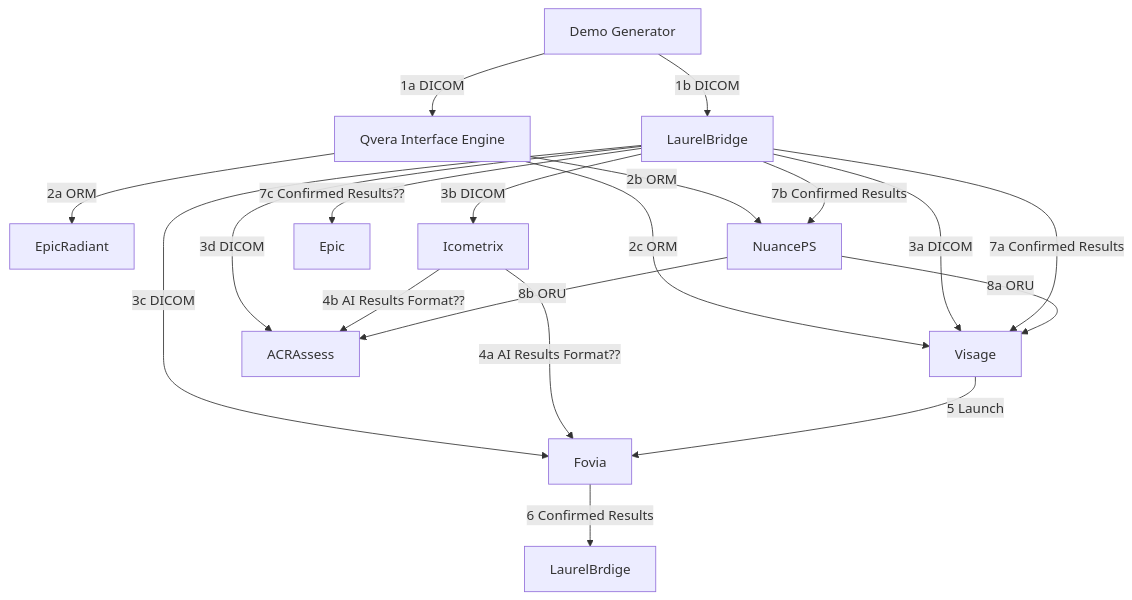
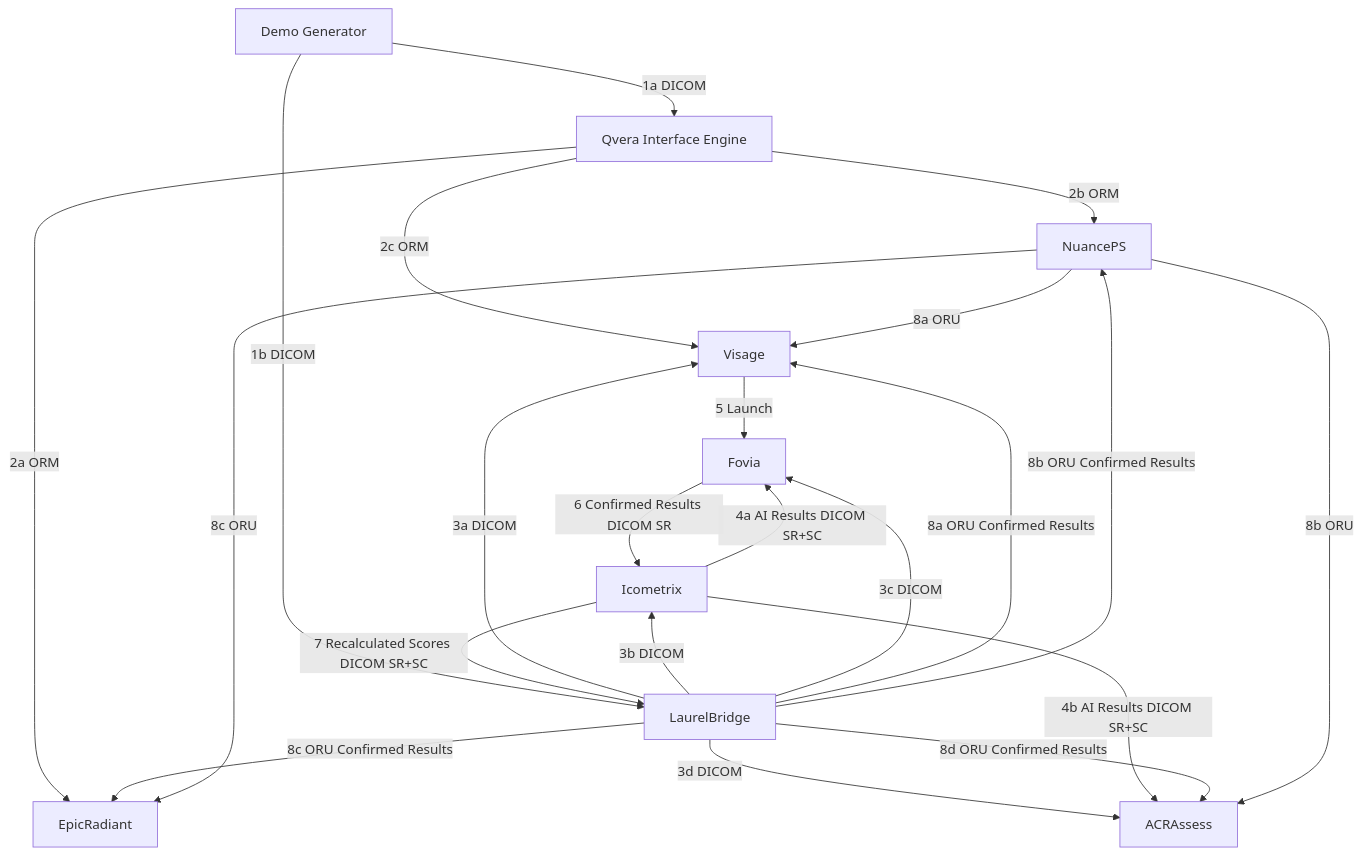
Before and after one commit to mohannadhussain/rsna-2024-rr-demo: the diagram in quimby/diagram-brain-scan2.md, drawn with Mermaid.

````diff
--- a/quimby/diagram-brain-scan2.md
+++ b/quimby/diagram-brain-scan2.md
@@ -4,28 +4,32 @@
 ```mermaid
 flowchart TD
     Generator[Demo Generator] --> |1a DICOM| QveraIE[Qvera Interface Engine]
     Generator --> |1b DICOM| LaurelBridge
 
     QveraIE --> |2a ORM| EpicRadiant
     QveraIE --> |2b ORM| NuancePS
     QveraIE --> |2c ORM| Visage
 
     LaurelBridge --> |3a DICOM| Visage
     LaurelBridge --> |3b DICOM| Icometrix
     LaurelBridge --> |3c DICOM| Fovia
     LaurelBridge --> |3d DICOM| ACRAssess
     
-    Icometrix --> |4a AI Results Format??| Fovia
-    Icometrix --> |4b AI Results Format??| ACRAssess
+    Icometrix --> |4a AI Results DICOM SR+SC| Fovia
+    Icometrix --> |4b AI Results DICOM SR+SC| ACRAssess
 
     Visage --> |5 Launch| Fovia
 
-    Fovia --> |6 Confirmed Results| LaurelBrdige
-    
-    LaurelBridge --> |7a Confirmed Results| Visage
-    LaurelBridge --> |7b Confirmed Results| NuancePS
-    LaurelBridge --> |7c Confirmed Results??| Epic
+    Fovia --> |6 Confirmed Results DICOM SR| Icometrix
+
+    Icometrix --> |7 Recalculated Scores DICOM SR+SC| LaurelBridge
+
+    LaurelBridge --> |8a ORU Confirmed Results| Visage
+    LaurelBridge --> |8b ORU Confirmed Results| NuancePS
+    LaurelBridge --> |8c ORU Confirmed Results| EpicRadiant
+    LaurelBridge --> |8d ORU Confirmed Results| ACRAssess
 
     NuancePS --> |8a ORU| Visage
     NuancePS --> |8b ORU| ACRAssess
+    NuancePS --> |8c ORU| EpicRadiant
 ```
````
